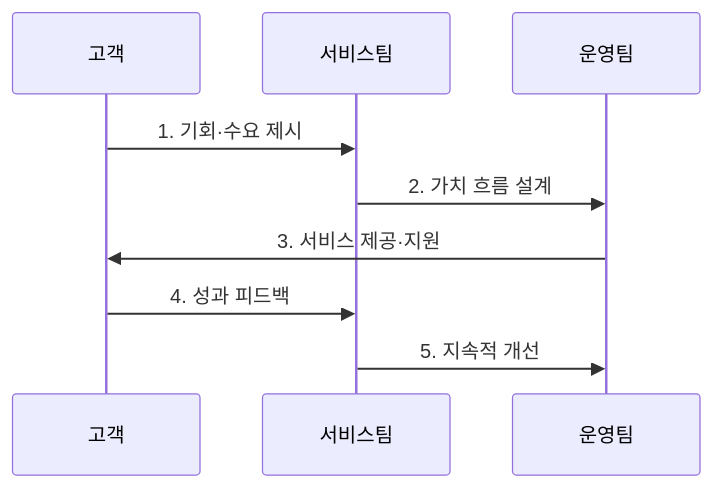
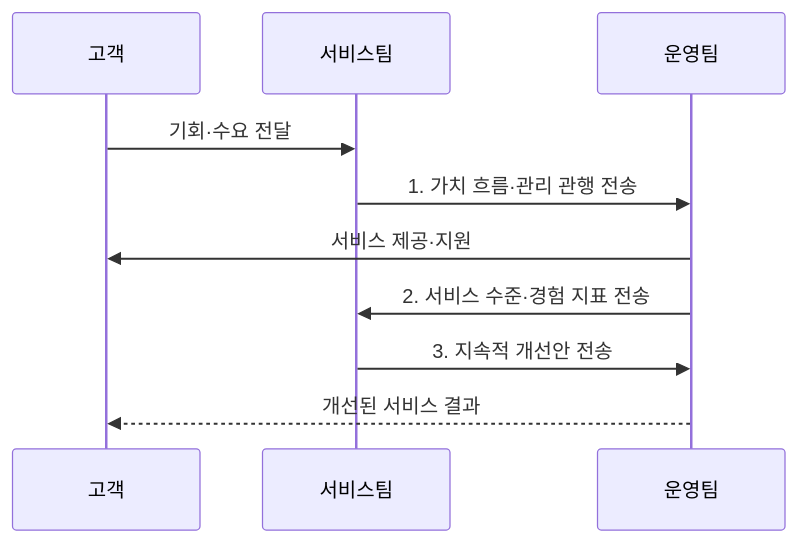
Before and after one commit to agnusdei1207/knowledge-base: the second of 2 diagrams in src/content/docs/notes/07-law-policy/006_itil_v4_it_service_management.md, drawn with Mermaid. The commit also changed other lines of this file and 20 other files, not shown here.

````diff
--- a/src/content/docs/notes/07-law-policy/006_itil_v4_it_service_management.md
+++ b/src/content/docs/notes/07-law-policy/006_itil_v4_it_service_management.md
@@ -77,11 +79,12 @@
 ```mermaid
 sequenceDiagram
     participant C as 고객
     participant S as 서비스팀
     participant O as 운영팀
-    C->>S: 1. 기회·수요 제시
-    S->>O: 2. 가치 흐름 설계
-    O->>C: 3. 서비스 제공·지원
-    C->>S: 4. 성과 피드백
-    S->>O: 5. 지속적 개선
+    C->>S: 기회·수요 전달
+    S->>O: 1. 가치 흐름·관리 관행 전송
+    O->>C: 서비스 제공·지원
+    O->>S: 2. 서비스 수준·경험 지표 전송
+    S->>O: 3. 지속적 개선안 전송
+    O-->>C: 개선된 서비스 결과
 ```
````
